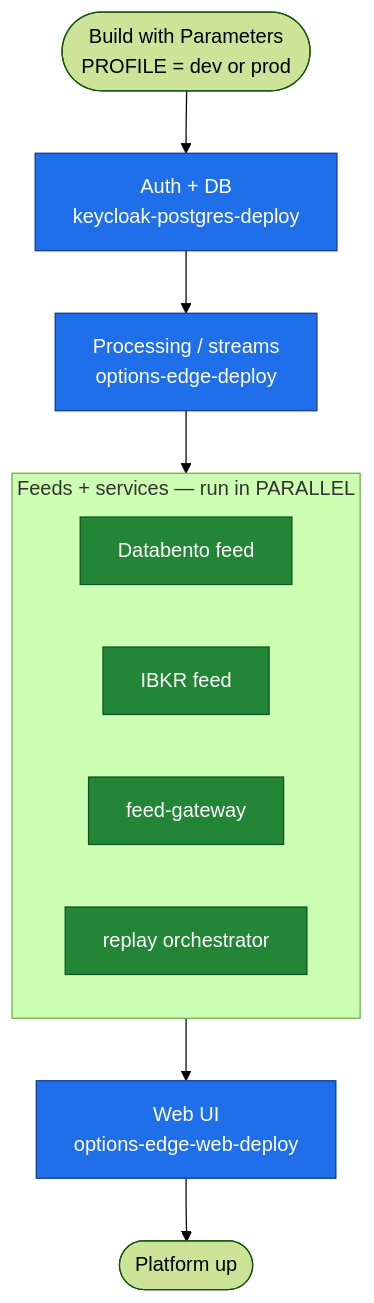
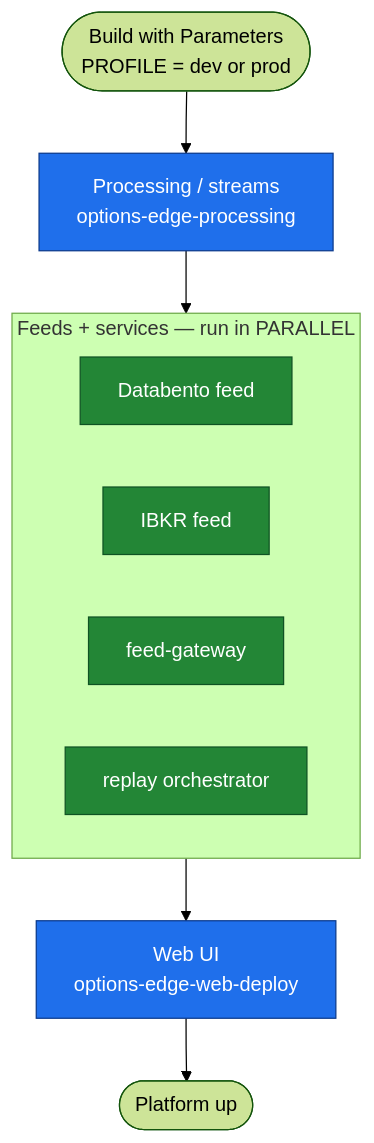
Before and after one commit to abhinav-jain09/options-edge-deploy: the diagram in docs/bring-up-all.md, drawn with Mermaid (forest theme). The commit also changed other lines of this file and 1 other file, not shown here.

First line of the commit message:
umbrella: drop Auth+DB stage — Keycloak/Postgres are a one-time prerequisite

````diff
--- a/docs/bring-up-all.md
+++ b/docs/bring-up-all.md
@@ -17,23 +21,21 @@
 ```mermaid
 flowchart TD
-    Start([Build with Parameters<br/>PROFILE = dev or prod]) --> Auth
-
-    Auth["Auth + DB<br/>keycloak-postgres-deploy"] --> Proc
-    Proc["Processing / streams<br/>options-edge-deploy"] --> Feeds
+    Start([Build with Parameters<br/>PROFILE = dev or prod]) --> Proc
+    Proc["Processing / streams<br/>options-edge-processing"] --> Feeds
 
     subgraph Feeds ["Feeds + services — run in PARALLEL"]
         direction LR
         DB["Databento feed"]
         IB["IBKR feed"]
         GW["feed-gateway"]
         RP["replay orchestrator"]
     end
 
     Feeds --> Web["Web UI<br/>options-edge-web-deploy"]
     Web --> Done([Platform up])
 
     classDef seq fill:#1f6feb,stroke:#0b3a8c,color:#fff
     classDef par fill:#238636,stroke:#0f5323,color:#fff
-    class Auth,Proc,Web seq
+    class Proc,Web seq
     class DB,IB,GW,RP par
 ```
````
